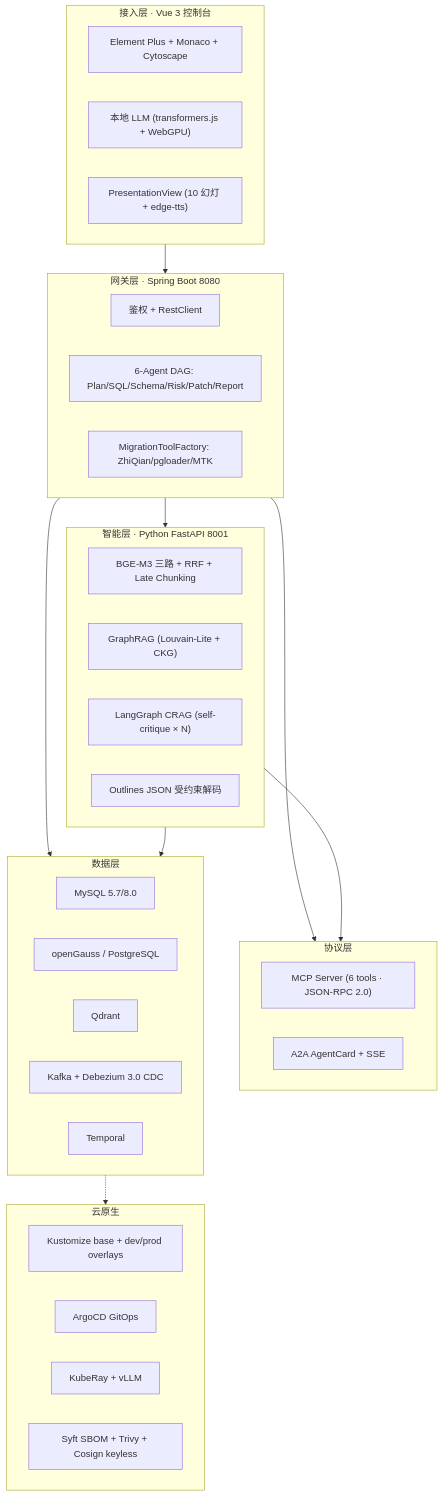
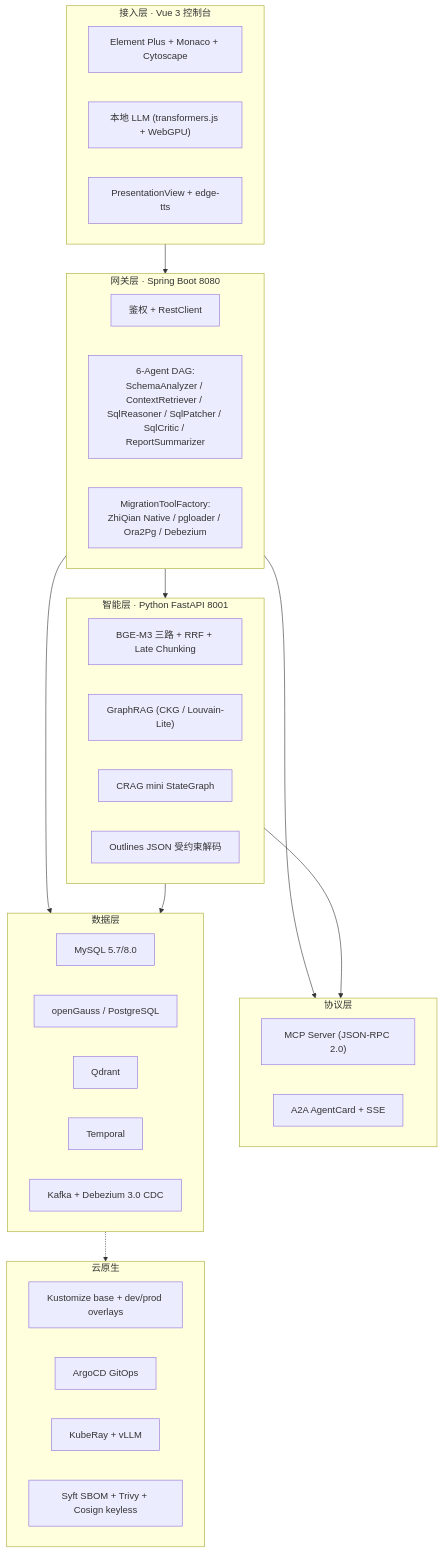
Before and after one commit to anothersunset/zhixianyunshu: the diagram in docs/architecture/00-overall.md, drawn with Mermaid. The commit also changed other lines of this file and 9 other files, not shown here.

First line of the commit message:
docs: normalize ZhiQian six-agent architecture (#1)

````diff
--- a/docs/architecture/00-overall.md
+++ b/docs/architecture/00-overall.md
@@ -11,43 +13,43 @@
 ```mermaid
 flowchart TB
   subgraph L1["接入层 · Vue 3 控制台"]
     UI["Element Plus + Monaco + Cytoscape"]
     LL["本地 LLM (transformers.js + WebGPU)"]
-    SLIDES["PresentationView (10 幻灯 + edge-tts)"]
+    SLIDES["PresentationView + edge-tts"]
   end
   subgraph L2["网关层 · Spring Boot 8080"]
     AUTH["鉴权 + RestClient"]
-    AGENT["6-Agent DAG: Plan/SQL/Schema/Risk/Patch/Report"]
-    MIG["MigrationToolFactory: ZhiQian/pgloader/MTK"]
+    AGENT["6-Agent DAG:<br/>SchemaAnalyzer / ContextRetriever / SqlReasoner / SqlPatcher / SqlCritic / ReportSummarizer"]
+    MIG["MigrationToolFactory:<br/>ZhiQian Native / pgloader / Ora2Pg / Debezium"]
   end
   subgraph L3["智能层 · Python FastAPI 8001"]
     RAG["BGE-M3 三路 + RRF + Late Chunking"]
-    GRAPH["GraphRAG (Louvain-Lite + CKG)"]
-    CRAG["LangGraph CRAG (self-critique × N)"]
+    GRAPH["GraphRAG (CKG / Louvain-Lite)"]
+    CRAG["CRAG mini StateGraph"]
     OUT["Outlines JSON 受约束解码"]
   end
   subgraph L4["协议层"]
-    MCP["MCP Server (6 tools · JSON-RPC 2.0)"]
+    MCP["MCP Server (JSON-RPC 2.0)"]
     A2A["A2A AgentCard + SSE"]
   end
   subgraph L5["数据层"]
     MYSQL["MySQL 5.7/8.0"]
     OG["openGauss / PostgreSQL"]
     QD["Qdrant"]
+    TEMP["Temporal"]
     KAFKA["Kafka + Debezium 3.0 CDC"]
-    TEMP["Temporal"]
   end
   subgraph L6["云原生"]
     K8S["Kustomize base + dev/prod overlays"]
     ARGO["ArgoCD GitOps"]
     RAY["KubeRay + vLLM"]
     SEC["Syft SBOM + Trivy + Cosign keyless"]
   end
 
   L1 --> L2 --> L3
   L2 --> L4
   L3 --> L4
   L2 --> L5
   L3 --> L5
   L5 -.-> L6
 ```
````
